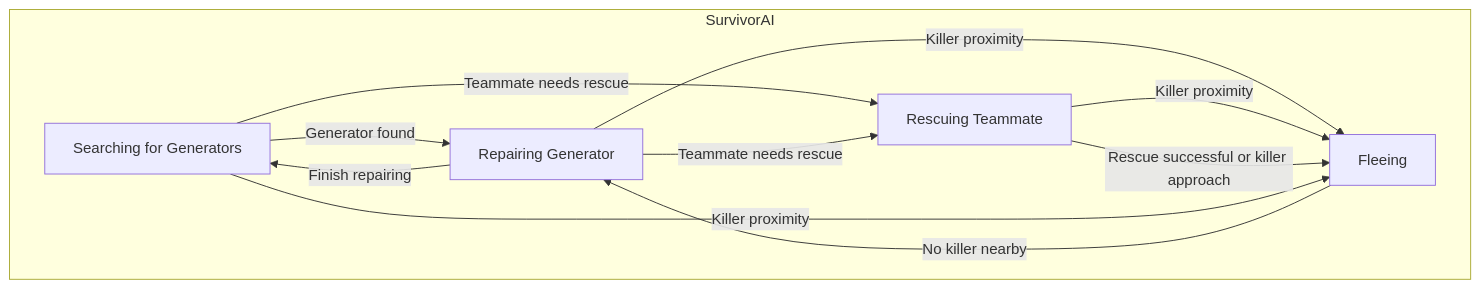
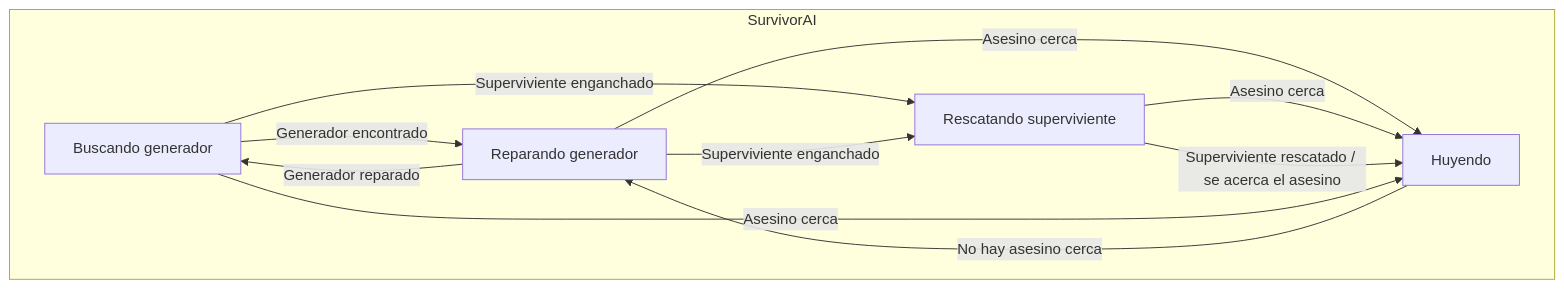
The second of 2 diagrams in README.md (IAV24-Qin-Wen/ProyectoFinal), drawn with Mermaid before and after one commit. The commit also changed other lines of this file, not shown here.

````diff
--- a/README.md
+++ b/README.md
@@ -93,18 +120,18 @@
 ```mermaid
 graph TD;
     subgraph SurvivorAI
-        A[Searching for Generators]
-        B[Repairing Generator]
-        C[Fleeing]
-        D[Rescuing Teammate]
-        A -->|Generator found| B
-        B -->|Killer proximity| C
-        C -->|No killer nearby| B
-        D -->|Killer proximity| C
-        A -->|Teammate needs rescue| D
-        B -->|Teammate needs rescue| D
-        D -->|Rescue successful or killer approach| C
-        B -->|Finish repairing| A
-        A -->|Killer proximity| C
+        A[Buscando generador]
+        B[Reparando generador]
+        C[Huyendo]
+        D[Rescatando superviviente]
+        A -->|Generador encontrado| B
+        B -->|Asesino cerca| C
+        C -->|No hay asesino cerca| B
+        D -->|Asesino cerca| C
+        A -->|Superviviente enganchado| D
+        B -->|Superviviente enganchado| D
+        D -->|Superviviente rescatado / se acerca el asesino| C
+        B -->|Generador reparado| A
+        A -->|Asesino cerca| C
     end
 ```
````
